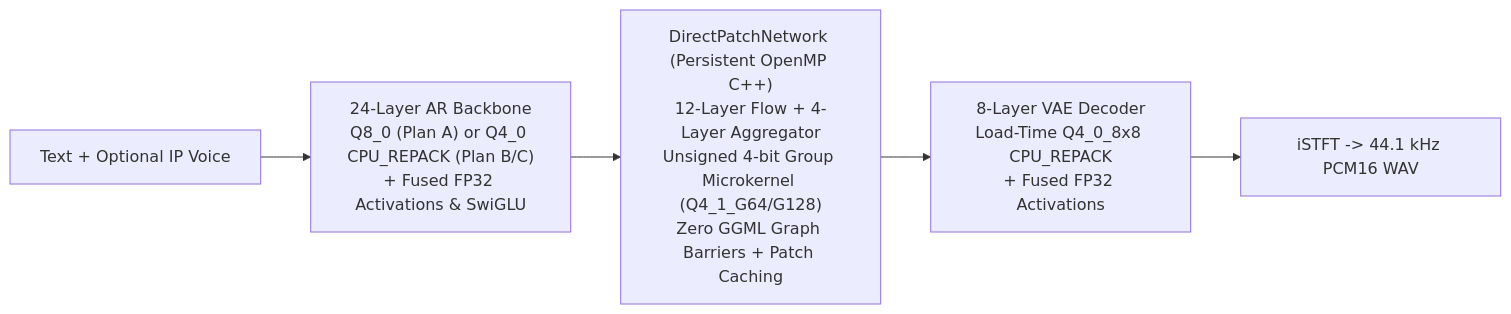
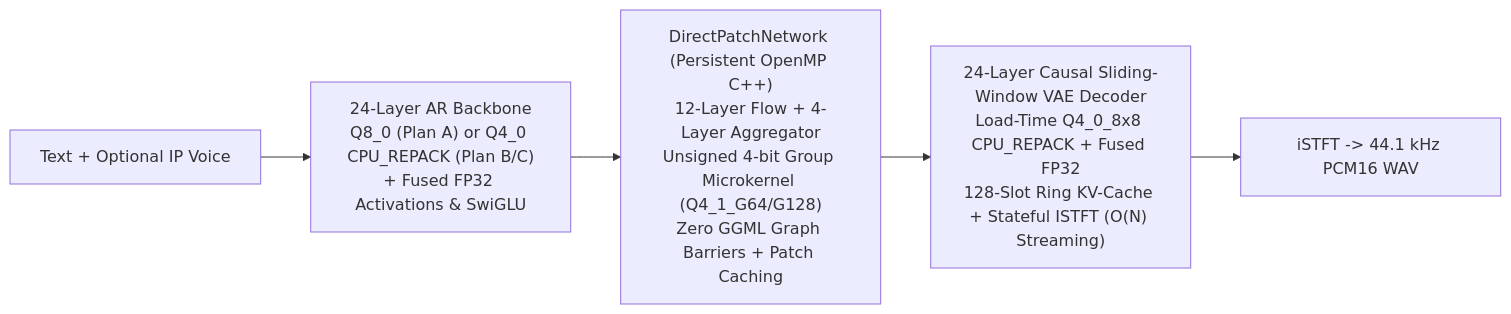
One commit to RobotSe7en/ming3-tts-cpu-realtime changed the diagram in README.md. Above: the diagram before and after it, drawn with Mermaid. The commit also changed other lines of this file and 8 other files, not shown here.

Commit message:
Add stateful KV-cache streaming VAE and real-time HTTP/AYTS service

````diff
--- a/README.md
+++ b/README.md
@@ -86,7 +86,7 @@
 ```mermaid
 flowchart LR
     T["Text + Optional IP Voice"] --> AR["24-Layer AR Backbone<br/>Q8_0 (Plan A) or Q4_0 CPU_REPACK (Plan B/C)<br/>+ Fused FP32 Activations & SwiGLU"]
     AR --> FLOW["DirectPatchNetwork (Persistent OpenMP C++)<br/>12-Layer Flow + 4-Layer Aggregator<br/>Unsigned 4-bit Group Microkernel (Q4_1_G64/G128)<br/>Zero GGML Graph Barriers + Patch Caching"]
-    FLOW --> VAE["8-Layer VAE Decoder<br/>Load-Time Q4_0_8x8 CPU_REPACK<br/>+ Fused FP32 Activations"]
+    FLOW --> VAE["24-Layer Causal Sliding-Window VAE Decoder<br/>Load-Time Q4_0_8x8 CPU_REPACK + Fused FP32<br/>128-Slot Ring KV-Cache + Stateful ISTFT (O(N) Streaming)"]
     VAE --> WAV["iSTFT -> 44.1 kHz PCM16 WAV"]
 ```
````
